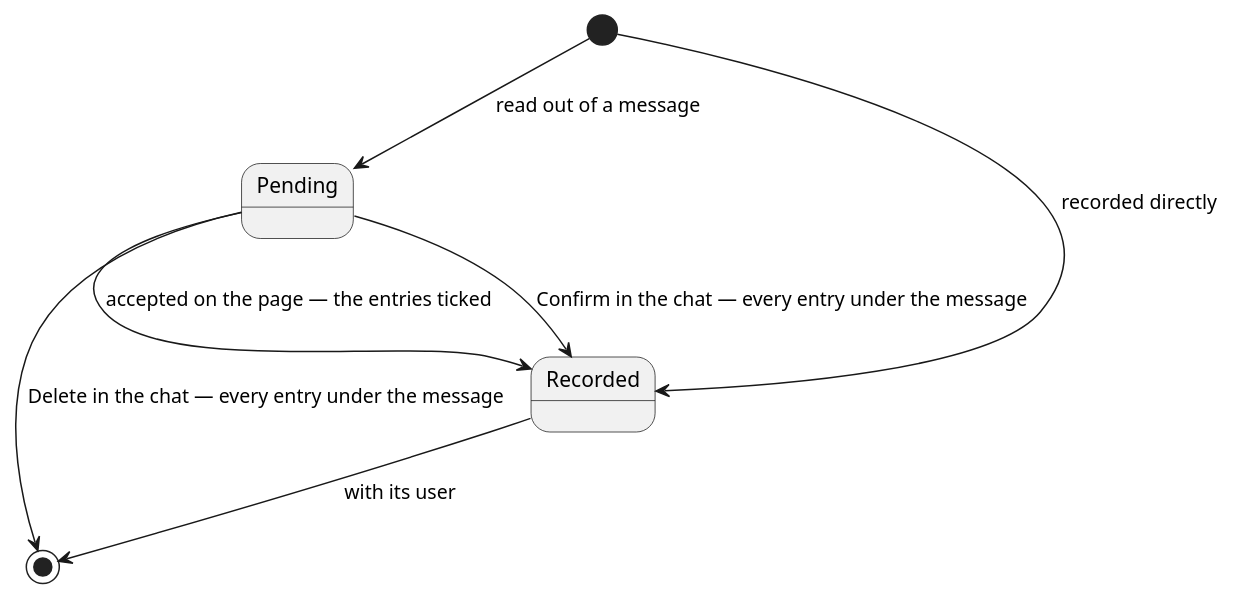
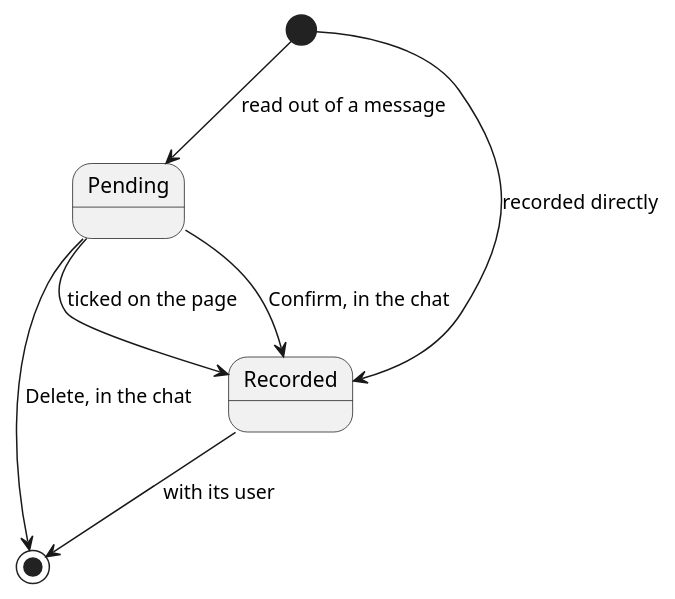
The diagram in ledger-service/docs/domain/expense.md (ds-usova/finance-bot), drawn with PlantUML before and after one commit.

Commit message:
Documentation: cut the expense transition labels back to a few words

````diff
--- a/ledger-service/docs/domain/expense.md
+++ b/ledger-service/docs/domain/expense.md
@@ -35,10 +35,10 @@
 ```plantuml
 @startuml
 [*] --> Pending : read out of a message
 [*] --> Recorded : recorded directly
-Pending --> Recorded : Confirm in the chat — every entry under the message
-Pending --> Recorded : accepted on the page — the entries ticked
-Pending --> [*] : Delete in the chat — every entry under the message
+Pending --> Recorded : Confirm, in the chat
+Pending --> Recorded : ticked on the page
+Pending --> [*] : Delete, in the chat
 Recorded --> [*] : with its user
 @enduml
 ```
````
